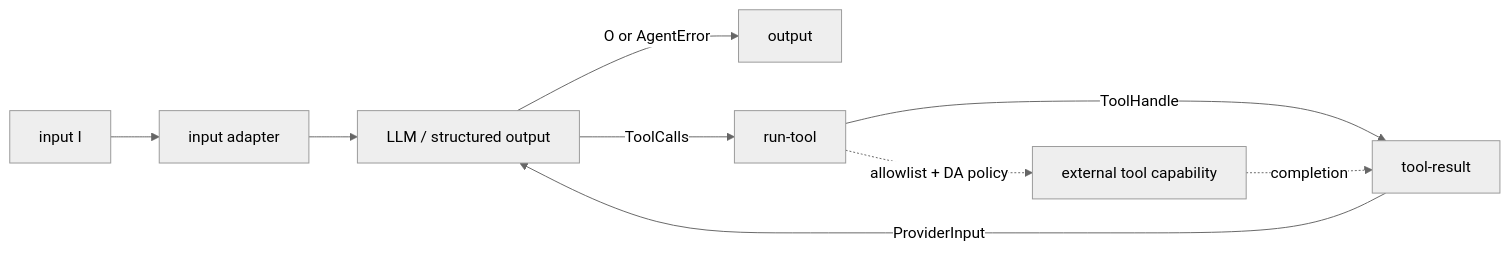
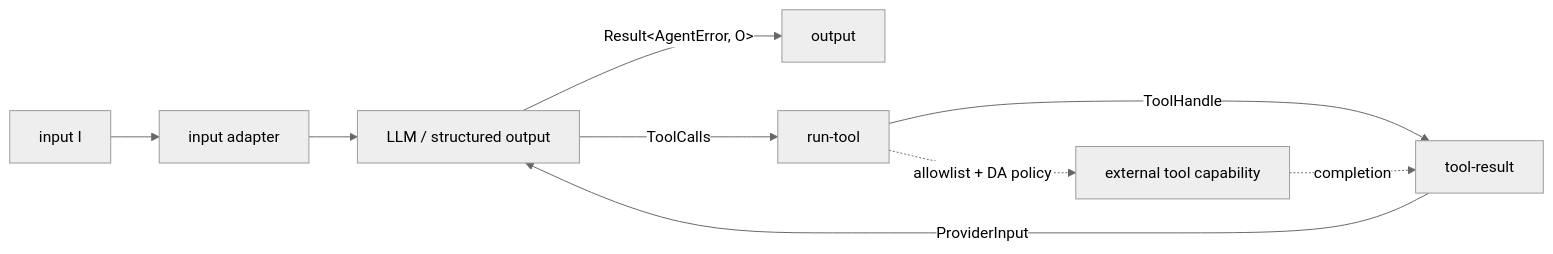
The diagram in mag/book/02. nefor/02. Graphs as Library Data.md (Demezy/nefor), drawn with Mermaid (neutral theme) before and after one commit. The commit also changed other lines of this file and 72 other files, not shown here.

````diff
--- a/mag/book/02. nefor/02. Graphs as Library Data.md
+++ b/mag/book/02. nefor/02. Graphs as Library Data.md
@@ -48,11 +48,11 @@
 ```mermaid
 flowchart LR
   input["input I"] --> adapter["input adapter"]
   adapter --> llm["LLM / structured output"]
-  llm -->|"O or AgentError"| output["output"]
+  llm -->|"Result&lt;AgentError, O&gt;"| output["output"]
   llm -->|"ToolCalls"| run["run-tool"]
   run -->|"ToolHandle"| waiter["tool-result"]
   waiter -->|"ProviderInput"| llm
   run -. "allowlist + DA policy" .-> capability["external tool capability"]
   capability -. "completion" .-> waiter
 ```
````
